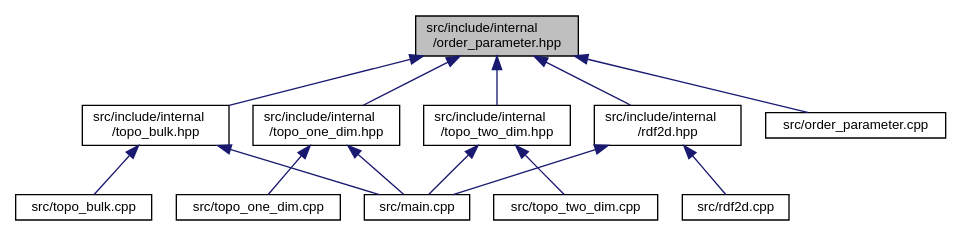
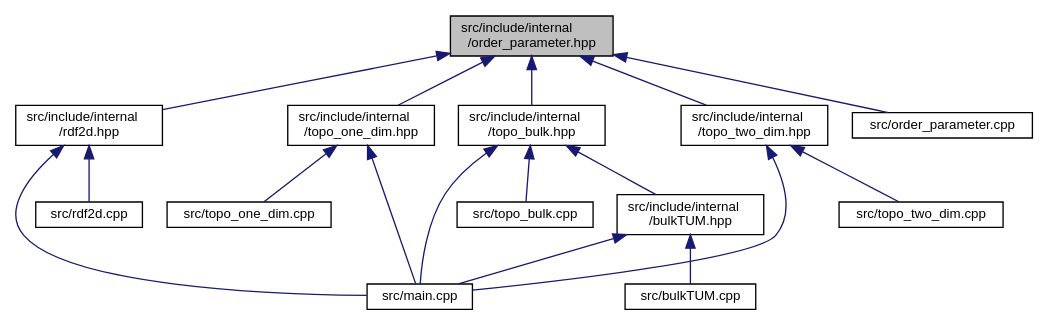
Before and after one commit to d-SEAMS/seams-core: the diagram in order__parameter_8hpp__dep__incl.dot, drawn with Graphviz. The commit also changed 315 other files, not shown here.

```diff
--- a/order__parameter_8hpp__dep__incl.dot
+++ b/order__parameter_8hpp__dep__incl.dot
@@ -1,31 +1,36 @@
 digraph "src/include/internal/order_parameter.hpp"
 {
  // INTERACTIVE_SVG=YES
  // LATEX_PDF_SIZE
   edge [fontname="Helvetica",fontsize="10",labelfontname="Helvetica",labelfontsize="10"];
   node [fontname="Helvetica",fontsize="10",shape=record];
   Node1 [label="src/include/internal\l/order_parameter.hpp",height=0.2,width=0.4,color="black", fillcolor="grey75", style="filled", fontcolor="black",tooltip=" "];
   Node1 -> Node2 [dir="back",color="midnightblue",fontsize="10",style="solid",fontname="Helvetica"];
   Node2 [label="src/include/internal\l/rdf2d.hpp",height=0.2,width=0.4,color="black", fillcolor="white", style="filled",URL="$rdf2d_8hpp.html",tooltip="File containing functions used to calculate the in-plane radial distribution functions."];
   Node2 -> Node3 [dir="back",color="midnightblue",fontsize="10",style="solid",fontname="Helvetica"];
   Node3 [label="src/main.cpp",height=0.2,width=0.4,color="black", fillcolor="white", style="filled",URL="$main_8cpp.html",tooltip=" "];
   Node2 -> Node4 [dir="back",color="midnightblue",fontsize="10",style="solid",fontname="Helvetica"];
   Node4 [label="src/rdf2d.cpp",height=0.2,width=0.4,color="black", fillcolor="white", style="filled",URL="$rdf2d_8cpp.html",tooltip=" "];
   Node1 -> Node5 [dir="back",color="midnightblue",fontsize="10",style="solid",fontname="Helvetica"];
   Node5 [label="src/include/internal\l/topo_bulk.hpp",height=0.2,width=0.4,color="black", fillcolor="white", style="filled",URL="$topo__bulk_8hpp.html",tooltip="File containing functions used specific to bulk topological network critera."];
+  Node5 -> Node6 [dir="back",color="midnightblue",fontsize="10",style="solid",fontname="Helvetica"];
+  Node6 [label="src/include/internal\l/bulkTUM.hpp",height=0.2,width=0.4,color="black", fillcolor="white", style="filled",URL="$bulkTUM_8hpp.html",tooltip="File containing functions used specific to bulk topological unit matching (TUM) criterion."];
+  Node6 -> Node7 [dir="back",color="midnightblue",fontsize="10",style="solid",fontname="Helvetica"];
+  Node7 [label="src/bulkTUM.cpp",height=0.2,width=0.4,color="black", fillcolor="white", style="filled",URL="$bulkTUM_8cpp.html",tooltip=" "];
+  Node6 -> Node3 [dir="back",color="midnightblue",fontsize="10",style="solid",fontname="Helvetica"];
   Node5 -> Node3 [dir="back",color="midnightblue",fontsize="10",style="solid",fontname="Helvetica"];
-  Node5 -> Node6 [dir="back",color="midnightblue",fontsize="10",style="solid",fontname="Helvetica"];
-  Node6 [label="src/topo_bulk.cpp",height=0.2,width=0.4,color="black", fillcolor="white", style="filled",URL="$topo__bulk_8cpp.html",tooltip=" "];
-  Node1 -> Node7 [dir="back",color="midnightblue",fontsize="10",style="solid",fontname="Helvetica"];
-  Node7 [label="src/include/internal\l/topo_one_dim.hpp",height=0.2,width=0.4,color="black", fillcolor="white", style="filled",URL="$topo__one__dim_8hpp.html",tooltip="File containing functions used specific to quasi-one-dimensional topological network critera (the pri..."];
-  Node7 -> Node3 [dir="back",color="midnightblue",fontsize="10",style="solid",fontname="Helvetica"];
-  Node7 -> Node8 [dir="back",color="midnightblue",fontsize="10",style="solid",fontname="Helvetica"];
-  Node8 [label="src/topo_one_dim.cpp",height=0.2,width=0.4,color="black", fillcolor="white", style="filled",URL="$topo__one__dim_8cpp.html",tooltip=" "];
+  Node5 -> Node8 [dir="back",color="midnightblue",fontsize="10",style="solid",fontname="Helvetica"];
+  Node8 [label="src/topo_bulk.cpp",height=0.2,width=0.4,color="black", fillcolor="white", style="filled",URL="$topo__bulk_8cpp.html",tooltip=" "];
   Node1 -> Node9 [dir="back",color="midnightblue",fontsize="10",style="solid",fontname="Helvetica"];
-  Node9 [label="src/include/internal\l/topo_two_dim.hpp",height=0.2,width=0.4,color="black", fillcolor="white", style="filled",URL="$topo__two__dim_8hpp.html",tooltip=" "];
+  Node9 [label="src/include/internal\l/topo_one_dim.hpp",height=0.2,width=0.4,color="black", fillcolor="white", style="filled",URL="$topo__one__dim_8hpp.html",tooltip="File containing functions used specific to quasi-one-dimensional topological network critera (the pri..."];
   Node9 -> Node3 [dir="back",color="midnightblue",fontsize="10",style="solid",fontname="Helvetica"];
   Node9 -> Node10 [dir="back",color="midnightblue",fontsize="10",style="solid",fontname="Helvetica"];
-  Node10 [label="src/topo_two_dim.cpp",height=0.2,width=0.4,color="black", fillcolor="white", style="filled",URL="$topo__two__dim_8cpp.html",tooltip=" "];
+  Node10 [label="src/topo_one_dim.cpp",height=0.2,width=0.4,color="black", fillcolor="white", style="filled",URL="$topo__one__dim_8cpp.html",tooltip=" "];
   Node1 -> Node11 [dir="back",color="midnightblue",fontsize="10",style="solid",fontname="Helvetica"];
-  Node11 [label="src/order_parameter.cpp",height=0.2,width=0.4,color="black", fillcolor="white", style="filled",URL="$order__parameter_8cpp.html",tooltip=" "];
+  Node11 [label="src/include/internal\l/topo_two_dim.hpp",height=0.2,width=0.4,color="black", fillcolor="white", style="filled",URL="$topo__two__dim_8hpp.html",tooltip=" "];
+  Node11 -> Node3 [dir="back",color="midnightblue",fontsize="10",style="solid",fontname="Helvetica"];
+  Node11 -> Node12 [dir="back",color="midnightblue",fontsize="10",style="solid",fontname="Helvetica"];
+  Node12 [label="src/topo_two_dim.cpp",height=0.2,width=0.4,color="black", fillcolor="white", style="filled",URL="$topo__two__dim_8cpp.html",tooltip=" "];
+  Node1 -> Node13 [dir="back",color="midnightblue",fontsize="10",style="solid",fontname="Helvetica"];
+  Node13 [label="src/order_parameter.cpp",height=0.2,width=0.4,color="black", fillcolor="white", style="filled",URL="$order__parameter_8cpp.html",tooltip=" "];
 }
```
